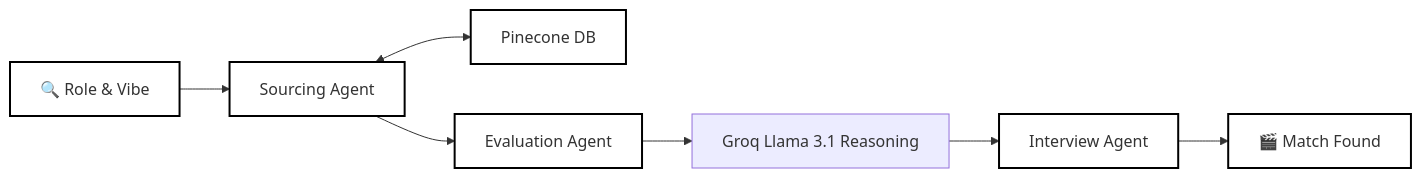
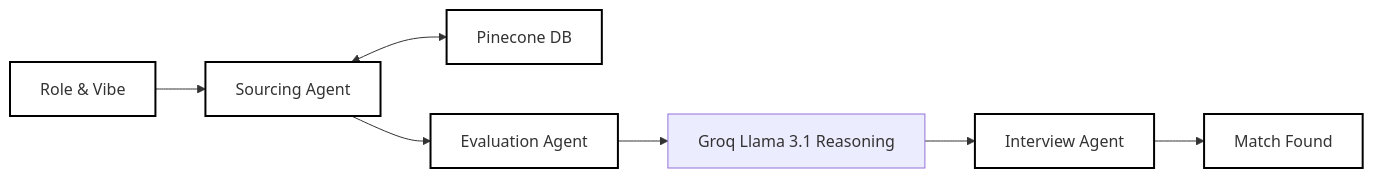
One commit to Abdullasaqib/Agentic-ATS-System changed the second of 2 diagrams in README.md. Above: the diagram before and after it, drawn with Mermaid. The commit also changed other lines of this file, not shown here.

Commit message:
Fix formatting issues in README.mdu

````diff
--- a/README.md
+++ b/README.md
@@ -39,16 +39,16 @@
 ```mermaid
 graph LR
-    User["🔍 Role & Vibe"] --> Sourcing["Sourcing Agent"]
+    User["Role & Vibe"] --> Sourcing["Sourcing Agent"]
     Sourcing <--> PC["Pinecone DB"]
     Sourcing --> Eval["Evaluation Agent"]
     Eval --> LLM["Groq Llama 3.1 Reasoning"]
     LLM --> Interview["Interview Agent"]
-    Interview --> Output["🎬 Match Found"]
+    Interview --> Output["Match Found"]
 
     style User fill:#fff,stroke:#000,stroke-width:2px
     style Output fill:#fff,stroke:#000,stroke-width:2px
     style Sourcing fill:#fff,stroke:#000,stroke-width:2px
     style Eval fill:#fff,stroke:#000,stroke-width:2px
     style Interview fill:#fff,stroke:#000,stroke-width:2px
     style PC fill:#fff,stroke:#000,stroke-width:2px
 ```
````
